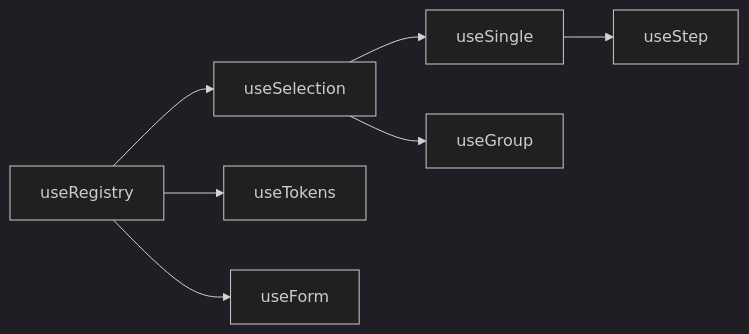
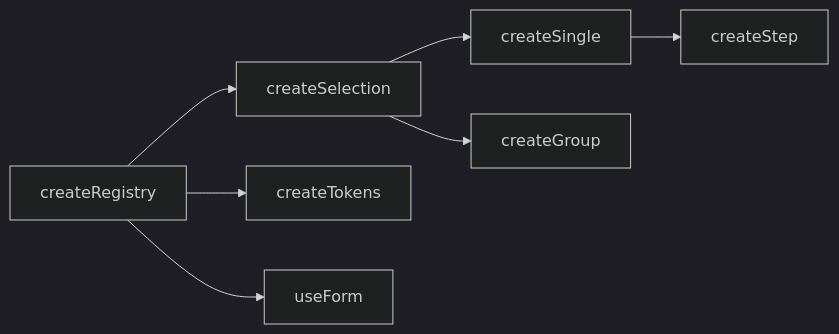
One commit to vuetifyjs/0 changed the second of 2 diagrams in apps/docs/src/pages/guide/core.md. Above: the diagram before and after it, drawn with Mermaid (dark theme). The commit also changed other lines of this file and 33 other files, not shown here.

First line of the commit message:
refactor: rename useTokens to createTokens and audit docs

````diff
--- a/apps/docs/src/pages/guide/core.md
+++ b/apps/docs/src/pages/guide/core.md
@@ -140,9 +140,9 @@
 ```mermaid "Extension Chain"
 flowchart LR
-    R[useRegistry] --> S[useSelection]
-    R --> T[useTokens]
+    R[createRegistry] --> S[createSelection]
+    R --> T[createTokens]
     R --> F[useForm]
-    S --> Si[useSingle]
-    S --> G[useGroup]
-    Si --> St[useStep]
+    S --> Si[createSingle]
+    S --> G[createGroup]
+    Si --> St[createStep]
 ```
````
